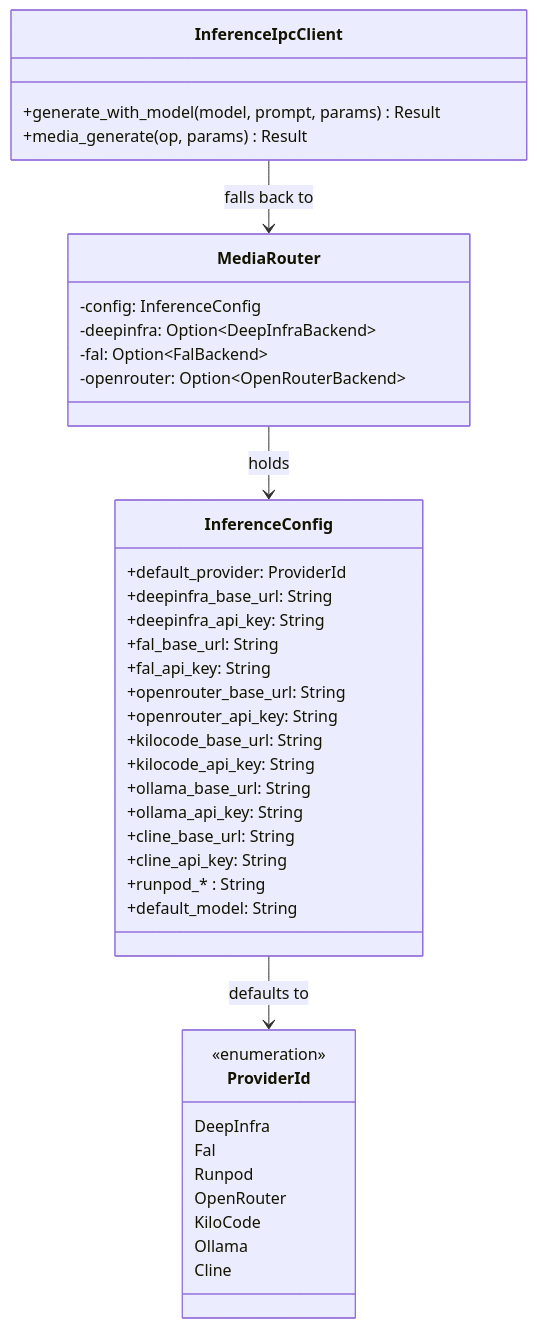
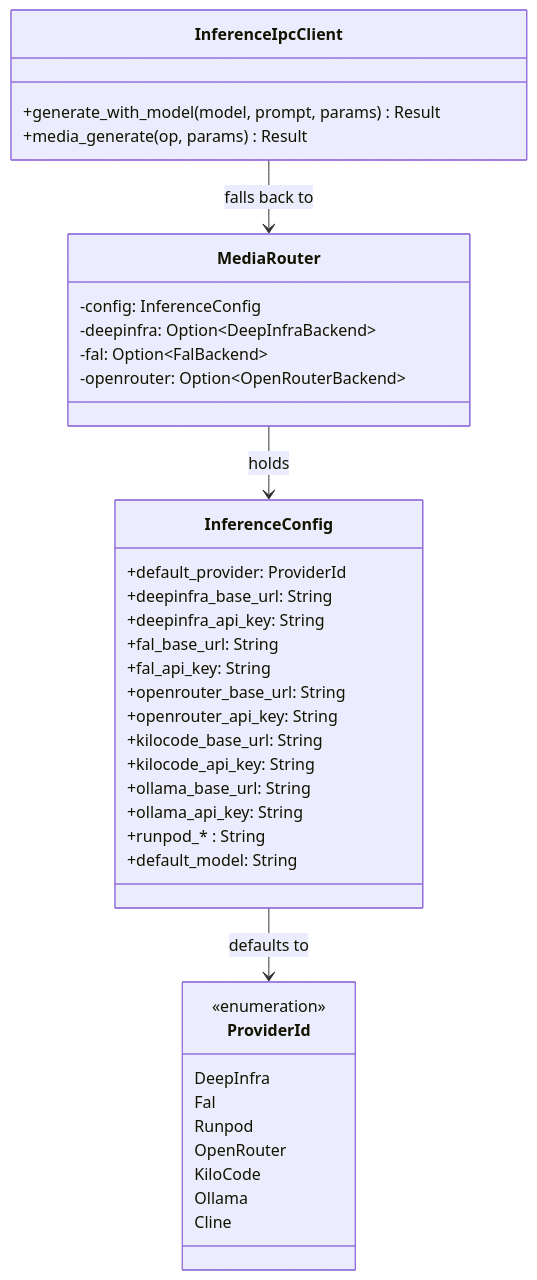
Before and after one commit to mdz-axo/zed-kask: the diagram in kask/docs/diataxis/hkask-inference/reference.md, drawn with Mermaid. The commit also changed 7 other files, not shown here.

````diff
--- a/kask/docs/diataxis/hkask-inference/reference.md
+++ b/kask/docs/diataxis/hkask-inference/reference.md
@@ -50,44 +50,42 @@
 ```mermaid
 classDiagram
     class ProviderId {
         <<enumeration>>
         DeepInfra
         Fal
         Runpod
         OpenRouter
         KiloCode
         Ollama
         Cline
     }
     class InferenceConfig {
         +default_provider: ProviderId
         +deepinfra_base_url: String
         +deepinfra_api_key: String
         +fal_base_url: String
         +fal_api_key: String
         +openrouter_base_url: String
         +openrouter_api_key: String
         +kilocode_base_url: String
         +kilocode_api_key: String
         +ollama_base_url: String
         +ollama_api_key: String
-        +cline_base_url: String
-        +cline_api_key: String
         +runpod_* : String
         +default_model: String
     }
     class MediaRouter {
         -config: InferenceConfig
         -deepinfra: Option~DeepInfraBackend~
         -fal: Option~FalBackend~
         -openrouter: Option~OpenRouterBackend~
     }
     class InferenceIpcClient {
         +generate_with_model(model, prompt, params) Result
         +media_generate(op, params) Result
     }
 
     MediaRouter --> InferenceConfig : holds
     InferenceIpcClient --> MediaRouter : falls back to
     InferenceConfig --> ProviderId : defaults to
 ```
````
